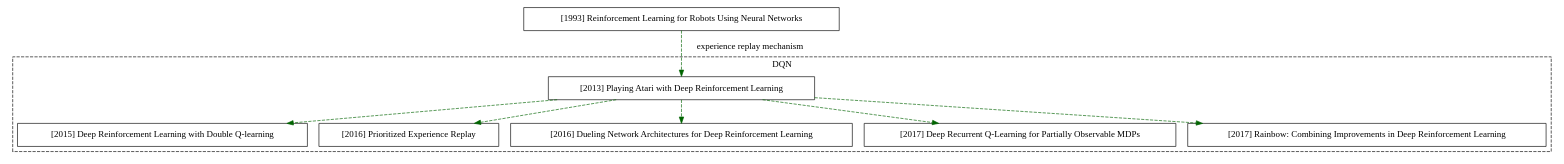
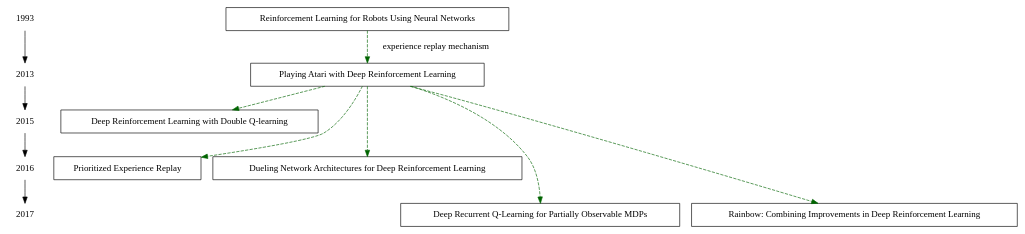
The diagram in DQN_gradient_graph.dot (Tony-Tan/Reading-Progress), drawn with Graphviz before and after one commit. The commit also changed 3 other files, not shown here.

```diff
--- a/DQN_gradient_graph.dot
+++ b/DQN_gradient_graph.dot
@@ -1,32 +1,37 @@
 digraph ML_Math{           //设置分辨率
+	{
+		node[shape=plaintext]
+		"1993"->"2013"->"2015"->"2016"->"2017";
+	}
 	{
 		node[shape=box]
 		//1993
-		a1993[label="[1993] Reinforcement Learning for Robots Using Neural Networks"];
-		a2013[label="[2013] Playing Atari with Deep Reinforcement Learning"];
+		a1993[label="Reinforcement Learning for Robots Using Neural Networks"];
+		a2013[label="Playing Atari with Deep Reinforcement Learning"];
 		//2015
-		a2015[label="[2015] Deep Reinforcement Learning with Double Q-learning"]
+		a2015[label="Deep Reinforcement Learning with Double Q-learning"]
 		//2016
-		a2016[label="[2016] Prioritized Experience Replay"]
-		b2016[label="[2016] Dueling Network Architectures for Deep Reinforcement Learning"]
+		a2016[label="Prioritized Experience Replay"]
+		b2016[label="Dueling Network Architectures for Deep Reinforcement Learning"]
 		//2017
-		a2017[label="[2017] Deep Recurrent Q-Learning for Partially Observable MDPs"]
-		b2017[label="[2017] Rainbow: Combining Improvements in Deep Reinforcement Learning"]
+		a2017[label="Deep Recurrent Q-Learning for Partially Observable MDPs"]
+		b2017[label="Rainbow: Combining Improvements in Deep Reinforcement Learning"]
 	}
 	{
 		edge[color=darkgreen,style=dashed]
 		a1993->a2013[label="experience replay mechanism"];
 		a2013->a2015;
 		a2013->a2016;
 		a2013->b2016;
 		a2013->a2017;
 		a2013->b2017;		
 	}
-	subgraph cluster_dqn{
-		label="DQN"
-		style="dashed"
-		node [shape = box, color = blue]
-		a2013; a2015; a2016; b2016; b2017;a2017;
+
+	{
+		{rank=same;"1993";a1993;}
+		{rank=same;"2013";a2013;}
+		{rank=same;"2015";a2015;}
+		{rank=same;"2016";a2016;b2016;}
+		{rank=same;"2017";a2017;b2017;}
 	}
-	
 }
```
